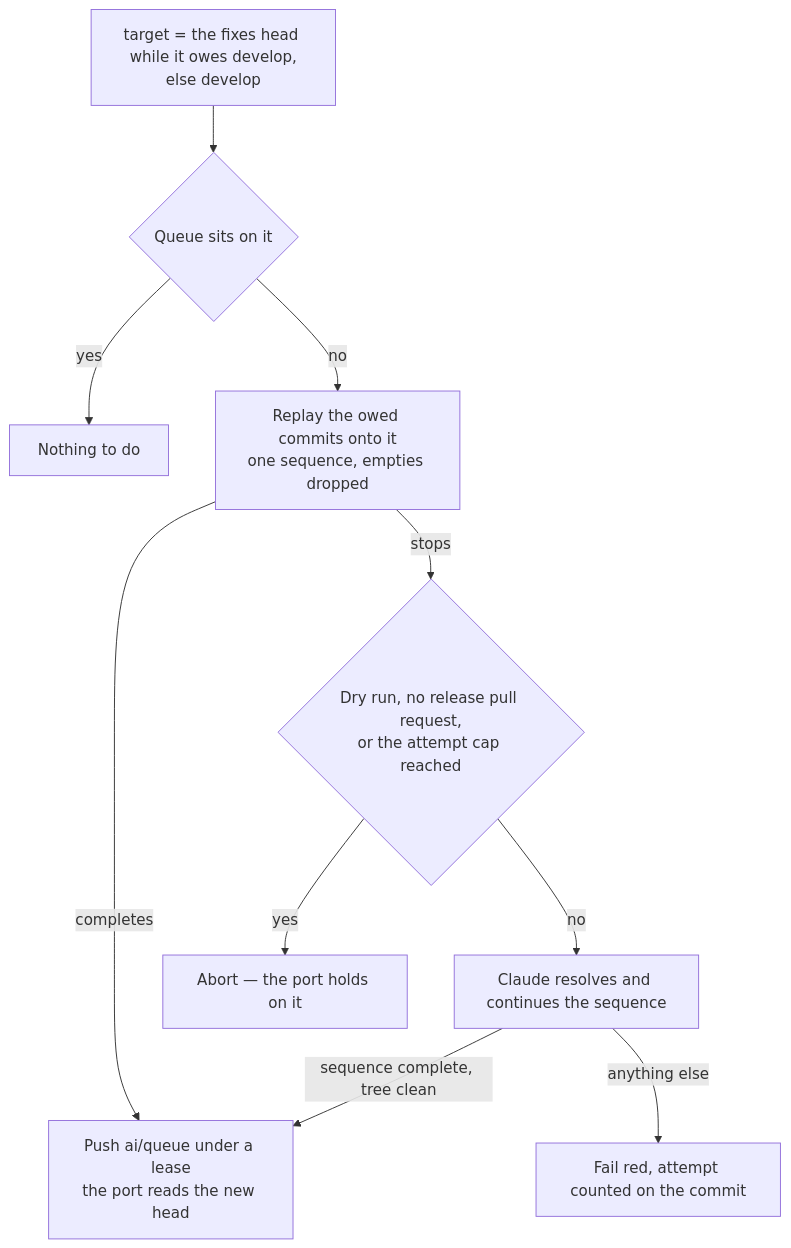
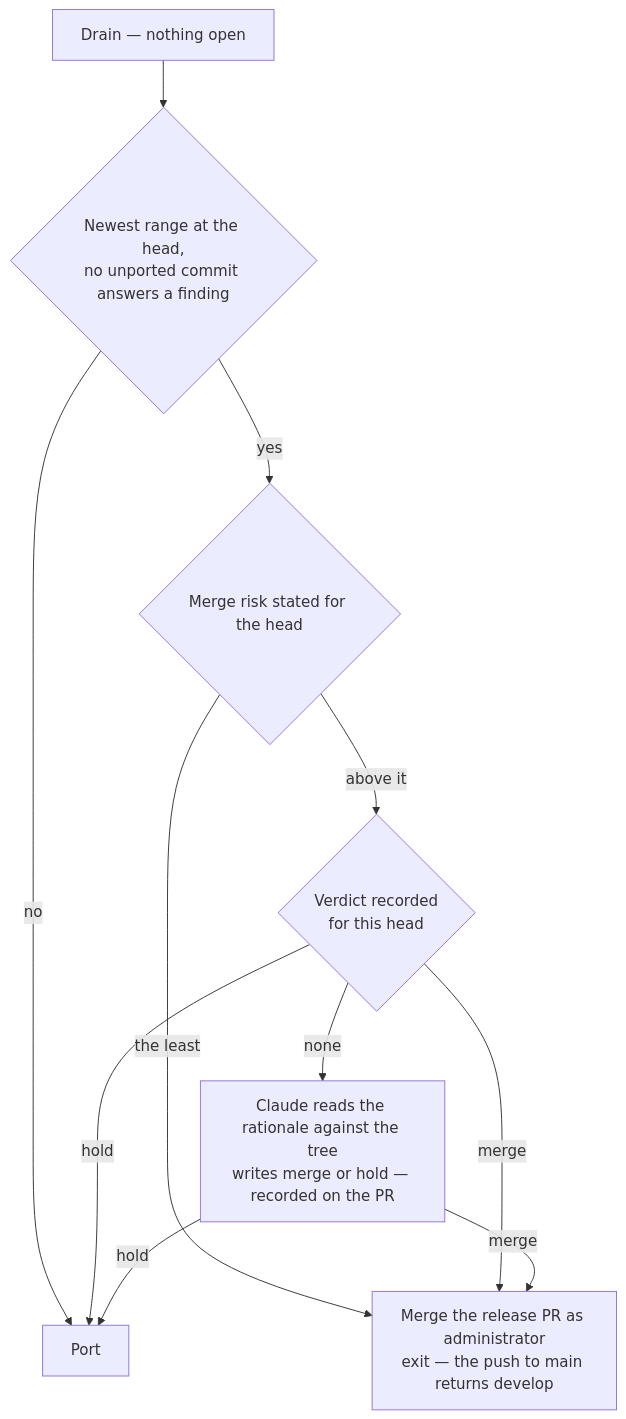
One commit to Esposter/Esposter changed the second of 4 diagrams in apps/web/content/docs/infra/review-collector/collection-cycle.md. Above: the diagram before and after it, drawn with Mermaid. The commit also changed other lines of this file and 68 other files, not shown here.

First line of the commit message:
feat(coderabbit): the collector never waits on a person — a release verdict, a reshaper for over-cap commits, and an express lane admitted by claim

````diff
--- a/apps/web/content/docs/infra/review-collector/collection-cycle.md
+++ b/apps/web/content/docs/infra/review-collector/collection-cycle.md
@@ -68,12 +70,13 @@
 ```mermaid
 flowchart TD
-  T[target = the fixes head while it owes develop,<br/>else develop] --> A{Queue sits on it}
-  A -->|yes| N[Nothing to do]
-  A -->|no| R[Replay the owed commits onto it<br/>one sequence, empties dropped]
-  R -->|completes| P[Push ai/queue under a lease<br/>the port reads the new head]
-  R -->|stops| C{Dry run, no release pull request,<br/>or the attempt cap reached}
-  C -->|yes| AB[Abort — the port holds on it]
-  C -->|no| CL[Claude resolves and continues the sequence]
-  CL -->|sequence complete, tree clean| P
-  CL -->|anything else| F[Fail red, attempt counted on the commit]
+  D[Drain — nothing open] --> CL{Newest range at the head,<br/>no unported commit answers a finding}
+  CL -->|no| P[Port]
+  CL -->|yes| MR{Merge risk stated for the head}
+  MR -->|the least| MG[Merge the release PR as administrator<br/>exit — the push to main returns develop]
+  MR -->|above it| V{Verdict recorded<br/>for this head}
+  V -->|merge| MG
+  V -->|hold| P
+  V -->|none| J[Claude reads the rationale against the tree<br/>writes merge or hold — recorded on the PR]
+  J -->|merge| MG
+  J -->|hold| P
 ```
````
